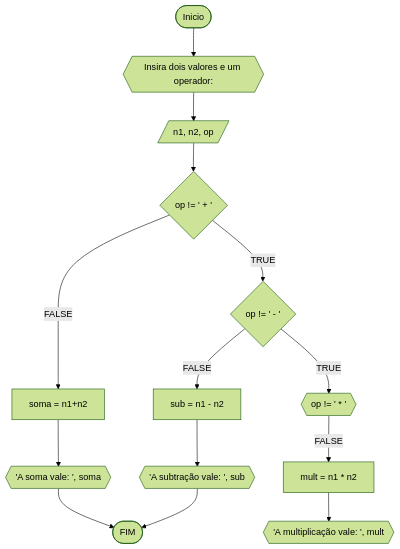
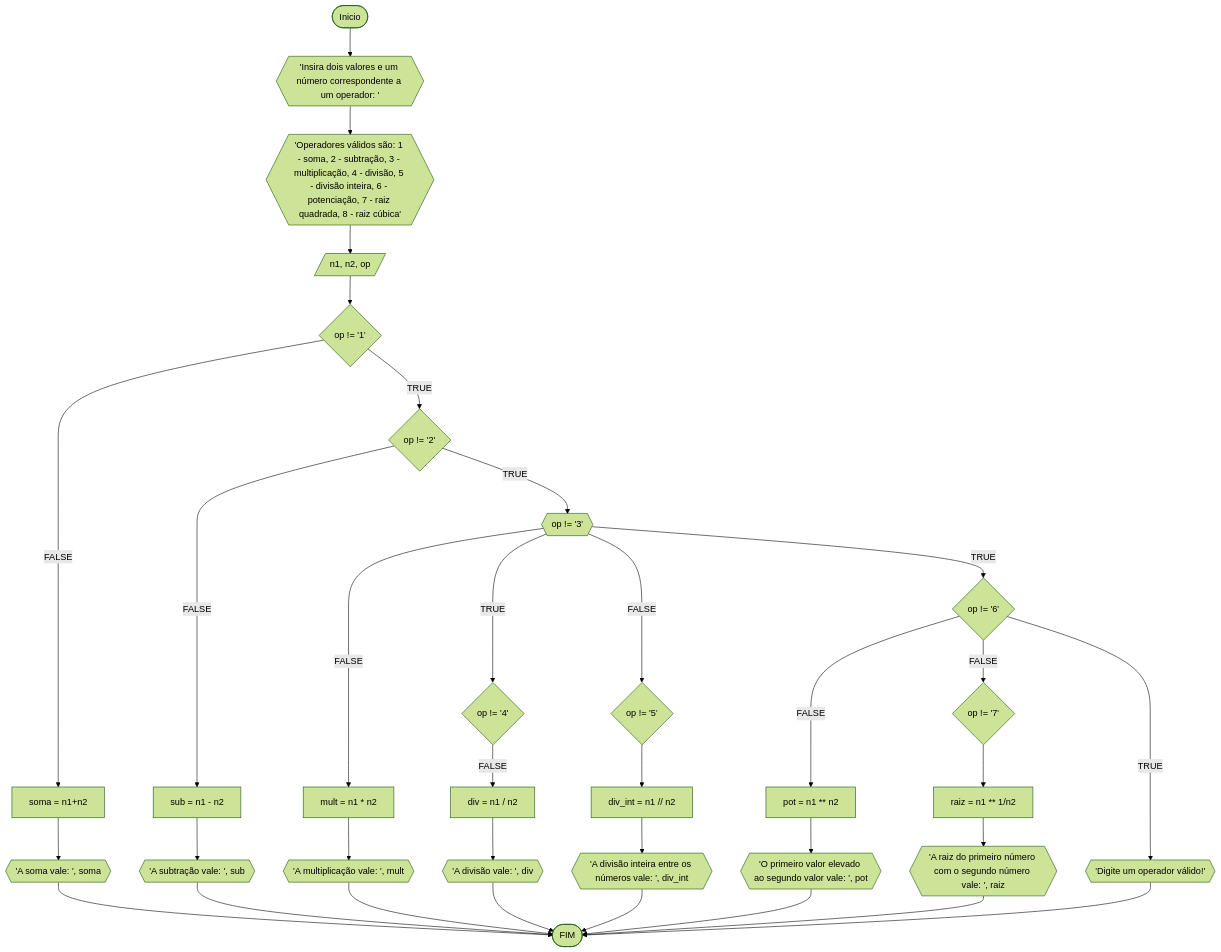
Before and after one commit to stuffxdd/Unifor: the diagram in RLA/lista2_exercicios.md, drawn with Mermaid (forest theme).

````diff
--- a/RLA/lista2_exercicios.md
+++ b/RLA/lista2_exercicios.md
@@ -6,37 +6,46 @@
 ```mermaid
 flowchart TD
-A([Inicio]) --> B{{Insira dois valores e um operador: }}
-B --> C[/n1, n2, op/]
+A([Inicio]) --> B{{'Insira dois valores e um número correspondente a um operador: '}}
+B --> BB{{'Operadores válidos são: 1 - soma, 2 - subtração, 3 - multiplicação, 4 - divisão, 5 - divisão inteira, 6 - potenciação, 7 - raiz quadrada, 8 - raiz cúbica'}}
+BB--> C[/n1, n2, op/]
 
-C --> D{op != ' + '}
+C --> D{op != '1'}
 D -- FALSE--> E[soma = n1+n2]
 E --> F{{'A soma vale: ', soma}} --> ZZ
 
-D --TRUE--> G{op != ' - '}
+D --TRUE--> G{op != '2'}
 G --FALSE--> H[sub = n1 - n2]
 H --> I{{'A subtração vale: ', sub}} --> ZZ
 
-G --TRUE--> J{{op != ' * '}}
+G --TRUE--> J{{op != '3'}}
 J --FALSE--> K[mult = n1 * n2]
-K --> L{{'A multiplicação vale: ', mult}}
+K --> L{{'A multiplicação vale: ', mult}} --> ZZ
 
+J --TRUE--> M{op != '4'}
+M --FALSE--> N[div = n1 / n2]
+N --> O{{'A divisão vale: ', div}} --> ZZ
 
+J --FALSE--> P{op != '5'}
+P --> Q[div_int = n1 // n2]
+Q --> R{{'A divisão inteira entre os números vale: ', div_int}} --> ZZ
 
+J --TRUE--> S{op != '6'}
+S --FALSE--> T[pot = n1 ** n2]
+T --> U{{'O primeiro valor elevado ao segundo valor vale: ', pot}} --> ZZ
 
+S--FALSE--> V{op != '7'}
+V --> W[raiz = n1 ** 1/n2]
+W --> X{{'A raiz do primeiro número com o segundo número vale: ', raiz}} --> ZZ
 
-
-
-
-
-
+S --TRUE--> Z{{'Digite um operador válido!'}} --> ZZ
 
 ZZ([FIM])
 
 
 
 
 
 
  
 
 ```
````
